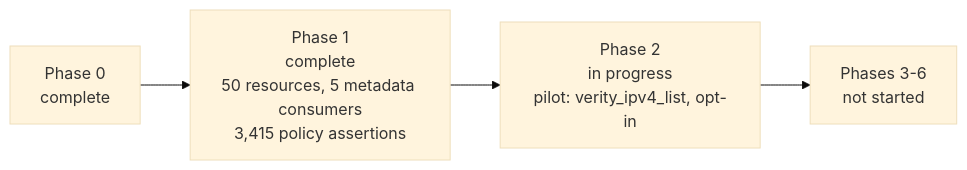
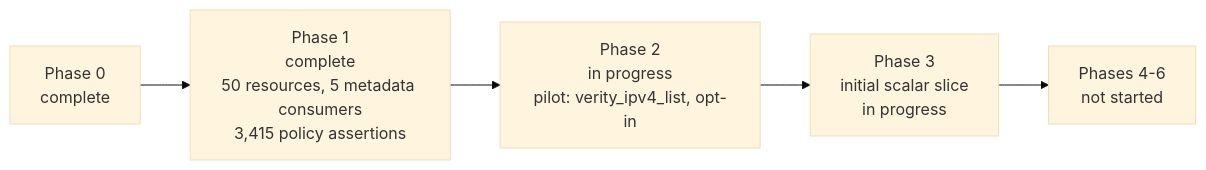
The diagram in status.md (BE-Network/terraform-provider-verity), drawn with Mermaid (base theme) before and after one commit. The commit also changed other lines of this file and 1 other file, not shown here.

Commit message:
docs: record Phase 3 scalar compatibility slice

````diff
--- a/status.md
+++ b/status.md
@@ -67,6 +70,7 @@
 ```mermaid
 flowchart LR
     P0[Phase 0<br/>complete] --> P1[Phase 1<br/>complete<br/>50 resources, 5 metadata consumers<br/>3,415 policy assertions]
     P1 --> P2[Phase 2<br/>in progress<br/>pilot: verity_ipv4_list, opt-in]
-    P2 --> P3[Phases 3-6<br/>not started]
+    P2 --> P3[Phase 3<br/>initial scalar slice<br/>in progress]
+    P3 --> P4[Phases 4-6<br/>not started]
 ```
````
